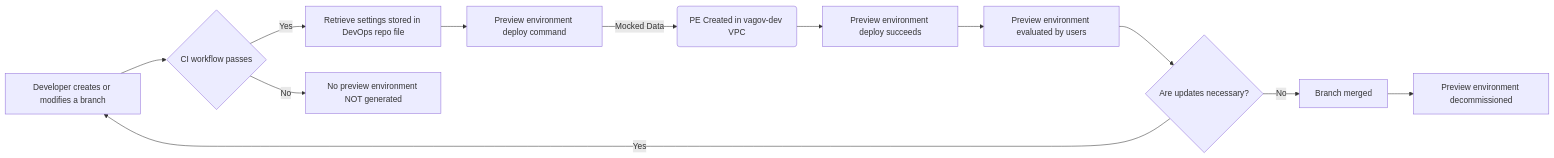
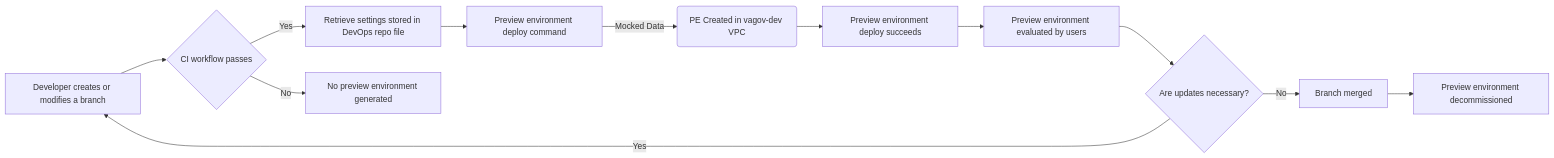
Before and after one commit to department-of-veterans-affairs/va.gov-platform-architecture: the diagram in rfc/2022/2022-11-02_TechTeam4_Preview_Environment_Architecture.md, drawn with Mermaid.

Commit message:
Update 2022-11-02_TechTeam4_Preview_Environment_Architecture.md
fix diagram

````diff
--- a/rfc/2022/2022-11-02_TechTeam4_Preview_Environment_Architecture.md
+++ b/rfc/2022/2022-11-02_TechTeam4_Preview_Environment_Architecture.md
@@ -83,14 +83,14 @@
 ```mermaid
 flowchart LR;
     A[Developer creates or modifies a branch] --> B{CI workflow passes}
     B --> |Yes| C[Retrieve settings stored in DevOps repo file]
-    B --> |No| Z[No preview environment NOT generated]
+    B --> |No| Z[No preview environment generated]
     C --> D[Preview environment deploy command]
     D --> |Mocked Data| E(PE Created in vagov-dev VPC)
     E --> F[Preview environment deploy succeeds]
     F --> G[Preview environment evaluated by users]
     G --> H{Are updates necessary?}
     H --> |Yes| A
     H --> |No| I[Branch merged]
     I --> J[Preview environment decommissioned]
 ```
````
